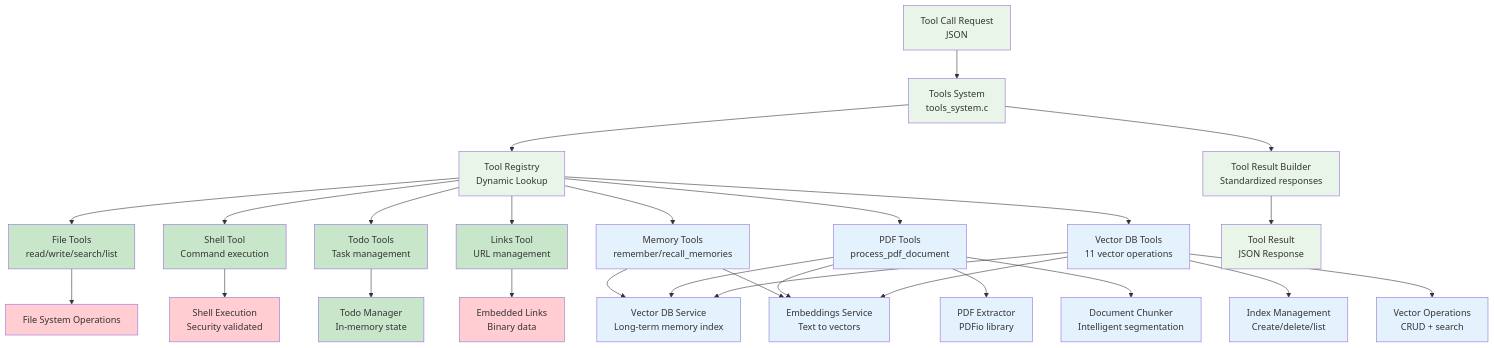
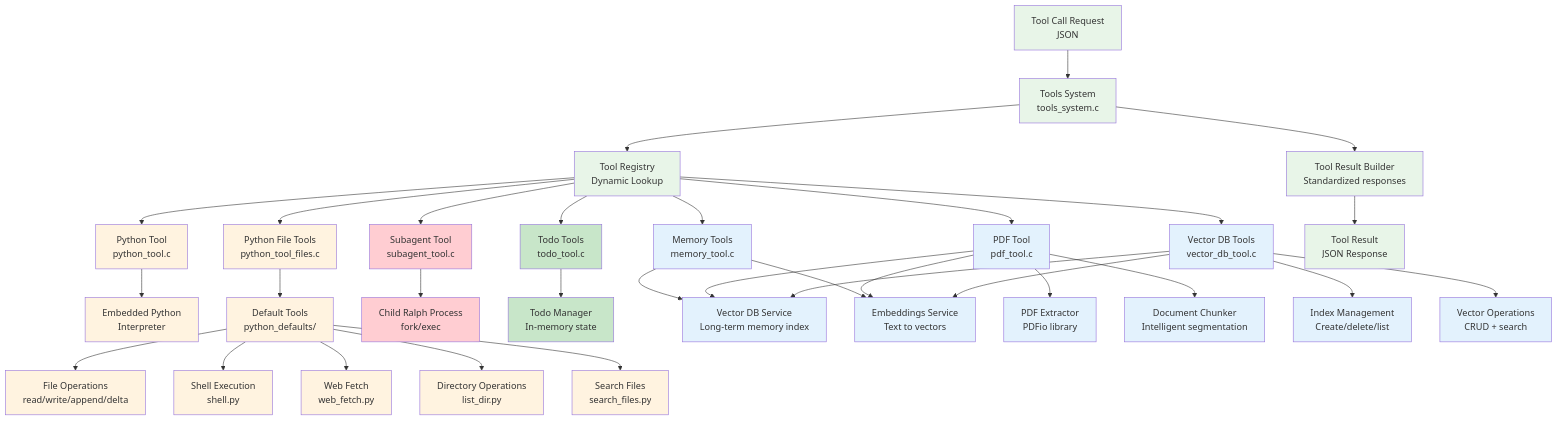
Before and after one commit to tgittos/scaffold: the seventh of 14 diagrams in ARCHITECTURE.md, drawn with Mermaid. The commit also changed other lines of this file and 1 other file, not shown here.

````diff
--- a/ARCHITECTURE.md
+++ b/ARCHITECTURE.md
@@ -316,44 +317,54 @@
 ```mermaid
 graph TB
     ToolCall[Tool Call Request<br/>JSON] --> ToolSystem[Tools System<br/>tools_system.c]
     ToolSystem --> ToolRegistry[Tool Registry<br/>Dynamic Lookup]
-    
-    ToolRegistry --> FileTools[File Tools<br/>read/write/search/list]
-    ToolRegistry --> ShellTool[Shell Tool<br/>Command execution]
-    ToolRegistry --> TodoTools[Todo Tools<br/>Task management]
-    ToolRegistry --> LinksTools[Links Tool<br/>URL management]
-    ToolRegistry --> MemoryTools[Memory Tools<br/>remember/recall_memories]
-    ToolRegistry --> PDFTools[PDF Tools<br/>process_pdf_document]
-    ToolRegistry --> VectorDBTools[Vector DB Tools<br/>11 vector operations]
-    
-    FileTools --> FileSys[File System Operations]
-    ShellTool --> Shell[Shell Execution<br/>Security validated]
+
+    ToolRegistry --> PythonTool[Python Tool<br/>python_tool.c]
+    ToolRegistry --> MemoryTools[Memory Tools<br/>memory_tool.c]
+    ToolRegistry --> PDFTools[PDF Tool<br/>pdf_tool.c]
+    ToolRegistry --> VectorDBTools[Vector DB Tools<br/>vector_db_tool.c]
+    ToolRegistry --> SubagentTool[Subagent Tool<br/>subagent_tool.c]
+    ToolRegistry --> PythonFileTools[Python File Tools<br/>python_tool_files.c]
+    ToolRegistry --> TodoTools[Todo Tools<br/>todo_tool.c]
+
+    PythonTool --> PythonInterpreter[Embedded Python<br/>Interpreter]
+
+    PythonFileTools --> DefaultTools[Default Tools<br/>python_defaults/]
+    DefaultTools --> FileOps[File Operations<br/>read/write/append/delta]
+    DefaultTools --> ShellOp[Shell Execution<br/>shell.py]
+    DefaultTools --> WebFetch[Web Fetch<br/>web_fetch.py]
+    DefaultTools --> DirOps[Directory Operations<br/>list_dir.py]
+    DefaultTools --> SearchOp[Search Files<br/>search_files.py]
+
+    SubagentTool --> ChildProcess[Child Ralph Process<br/>fork/exec]
+
     TodoTools --> TodoMgr[Todo Manager<br/>In-memory state]
-    LinksTools --> EmbeddedLinks[Embedded Links<br/>Binary data]
-    
+
     MemoryTools --> VectorDBSvc[Vector DB Service<br/>Long-term memory index]
     MemoryTools --> EmbeddingsSvc[Embeddings Service<br/>Text to vectors]
-    
+
     PDFTools --> PDFExtractor[PDF Extractor<br/>PDFio library]
     PDFTools --> DocumentChunker[Document Chunker<br/>Intelligent segmentation]
     PDFTools --> VectorDBSvc
     PDFTools --> EmbeddingsSvc
-    
+
     VectorDBTools --> VectorDBSvc
     VectorDBTools --> EmbeddingsSvc
     VectorDBTools --> IndexMgmt[Index Management<br/>Create/delete/list]
     VectorDBTools --> VectorOps[Vector Operations<br/>CRUD + search]
-    
+
     ToolSystem --> ToolResultBuilder[Tool Result Builder<br/>Standardized responses]
     ToolResultBuilder --> ToolResult[Tool Result<br/>JSON Response]
-    
+
     classDef toolCore fill:#e8f5e8
     classDef toolImpl fill:#c8e6c9
     classDef vectorTools fill:#e3f2fd
+    classDef pythonTools fill:#fff3e0
     classDef external fill:#ffcdd2
-    
+
     class ToolCall,ToolSystem,ToolRegistry,ToolResult,ToolResultBuilder toolCore
-    class FileTools,ShellTool,TodoTools,LinksTools,TodoMgr toolImpl
+    class TodoTools,TodoMgr toolImpl
     class MemoryTools,PDFTools,VectorDBTools,VectorDBSvc,EmbeddingsSvc,PDFExtractor,DocumentChunker,IndexMgmt,VectorOps vectorTools
-    class FileSys,Shell,EmbeddedLinks external
+    class PythonTool,PythonFileTools,DefaultTools,FileOps,ShellOp,WebFetch,DirOps,SearchOp,PythonInterpreter pythonTools
+    class SubagentTool,ChildProcess external
 ```
````
